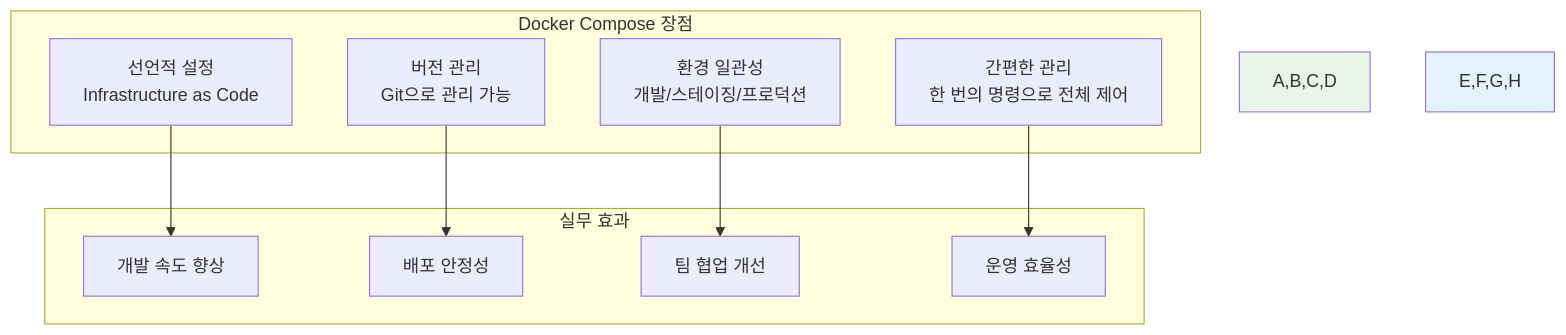
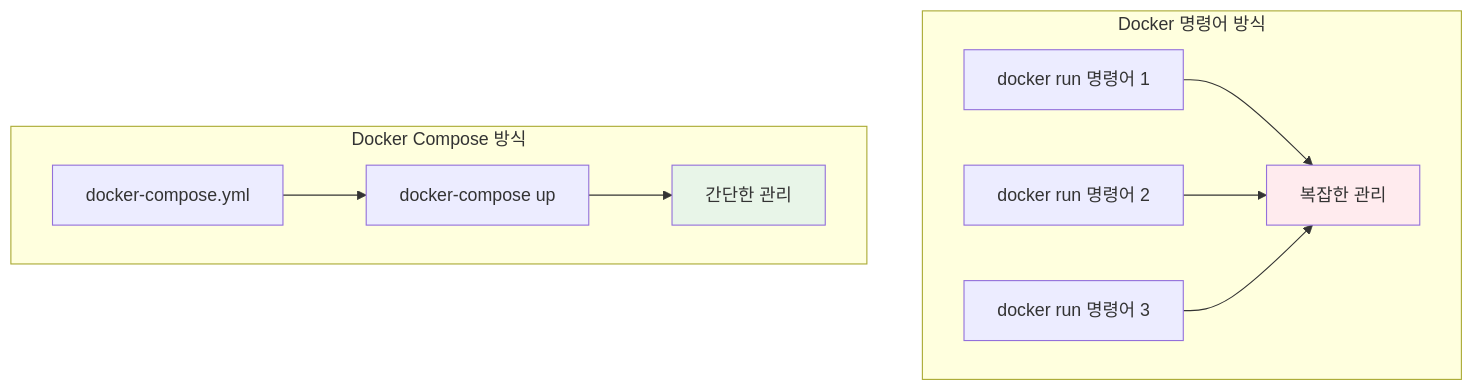
The first of 2 diagrams in theory/week_01/day4/session_1.md (niceguy61/kdt_devops_lecture_2025), drawn with Mermaid before and after one commit. The commit also changed other lines of this file and 26 other files, not shown here.

````diff
--- a/theory/week_01/day4/session_1.md
+++ b/theory/week_01/day4/session_1.md
@@ -102,24 +44,16 @@
 ```mermaid
 graph TB
-    subgraph "Docker Compose 장점"
-        A[선언적 설정<br/>Infrastructure as Code]
-        B[버전 관리<br/>Git으로 관리 가능]
-        C[환경 일관성<br/>개발/스테이징/프로덕션]
-        D[간편한 관리<br/>한 번의 명령으로 전체 제어]
+    subgraph "Docker 명령어 방식"
+        A1[docker run 명령어 1] --> A4[복잡한 관리]
+        A2[docker run 명령어 2] --> A4
+        A3[docker run 명령어 3] --> A4
     end
     
-    subgraph "실무 효과"
-        E[개발 속도 향상]
-        F[배포 안정성]
-        G[팀 협업 개선]
-        H[운영 효율성]
+    subgraph "Docker Compose 방식"
+        B1[docker-compose.yml] --> B2[docker-compose up]
+        B2 --> B3[간단한 관리]
     end
     
-    A --> E
-    B --> F
-    C --> G
-    D --> H
-    
-    style A,B,C,D fill:#e8f5e8
-    style E,F,G,H fill:#e3f2fd
+    style A4 fill:#ffebee
+    style B3 fill:#e8f5e8
 ```
````
